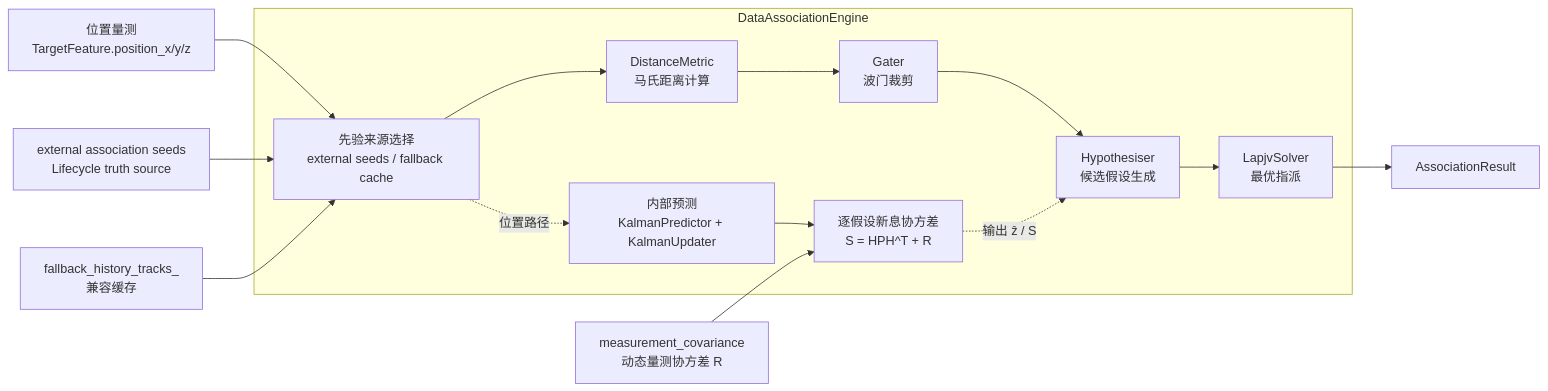
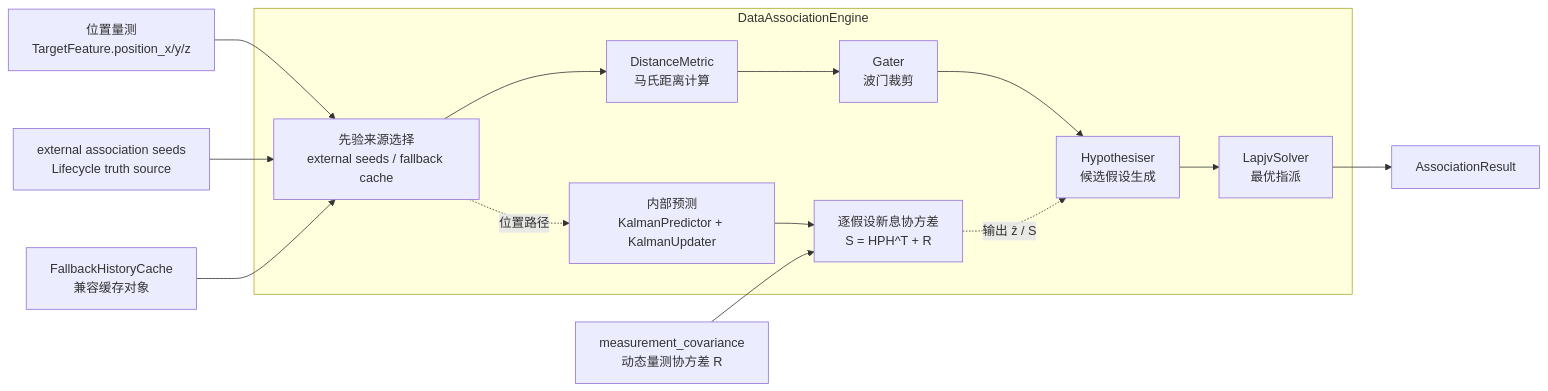
The third of 8 diagrams in doc/architecture/signal/signal-architecture.md (boilwater-3/1q), drawn with Mermaid before and after one commit. The commit also changed other lines of this file and 5 other files, not shown here.

````diff
--- a/doc/architecture/signal/signal-architecture.md
+++ b/doc/architecture/signal/signal-architecture.md
@@ -170,18 +172,18 @@
 ```mermaid
 flowchart LR
     subgraph DataAssociationEngine
         MODE["先验来源选择<br/>external seeds / fallback cache"]
         PRED["内部预测<br/>KalmanPredictor + KalmanUpdater"]
         INNOV["逐假设新息协方差<br/>S = HPH^T + R"]
         M["DistanceMetric<br/>马氏距离计算"] --> G["Gater<br/>波门裁剪"]
         G --> H["Hypothesiser<br/>候选假设生成"]
         H --> S["LapjvSolver<br/>最优指派"]
     end
     DET["位置量测<br/>TargetFeature.position_x/y/z"] --> MODE
     EXT["external association seeds<br/>Lifecycle truth source"] --> MODE
-    FALLBACK["fallback_history_tracks_<br/>兼容缓存"] --> MODE
+    FALLBACK["FallbackHistoryCache<br/>兼容缓存对象"] --> MODE
     MEAS_COV["measurement_covariance<br/>动态量测协方差 R"] --> INNOV
     MODE --> M
     MODE -. 位置路径 .-> PRED --> INNOV -. 输出 ẑ / S .-> H
     S --> OUTPUT["AssociationResult"]
 ```
````
